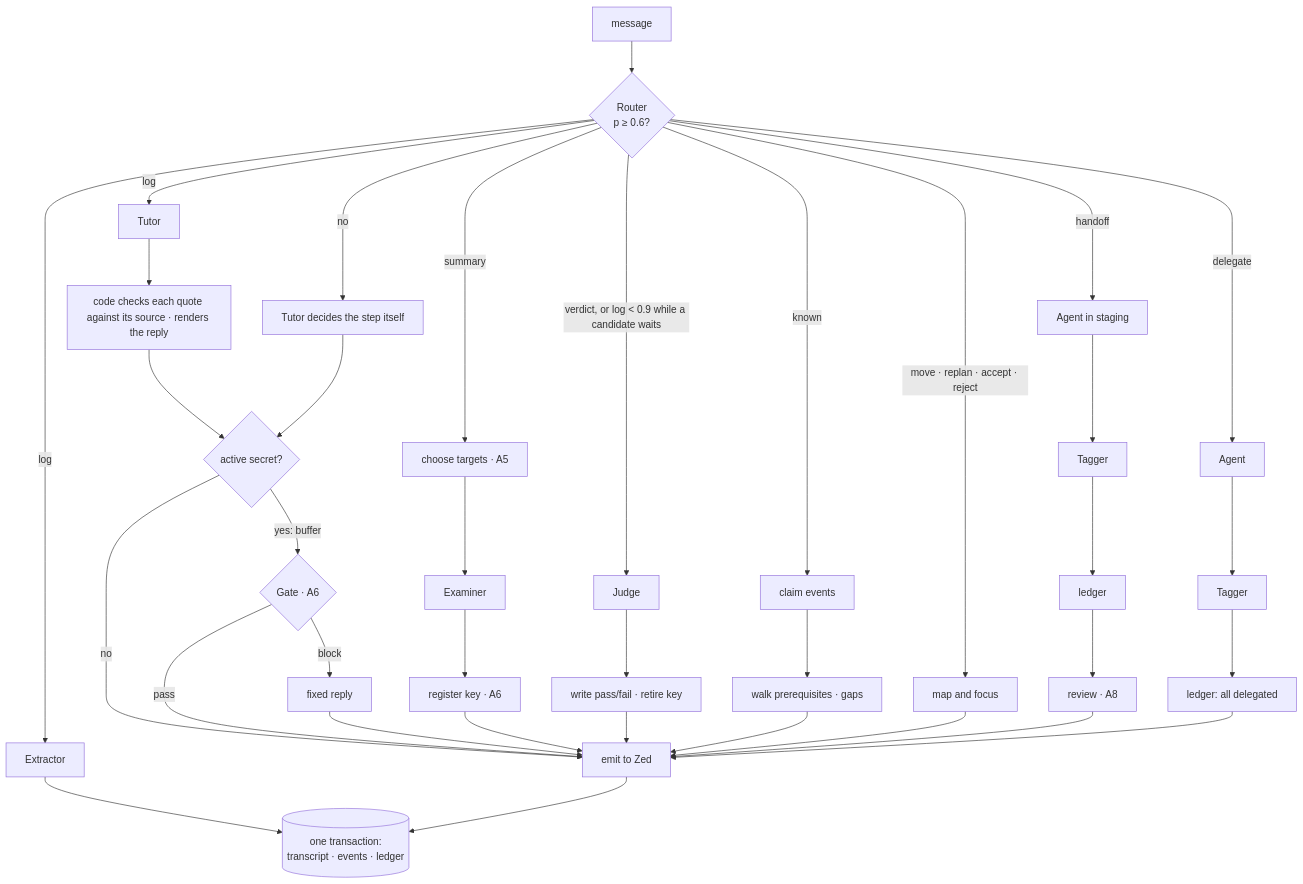
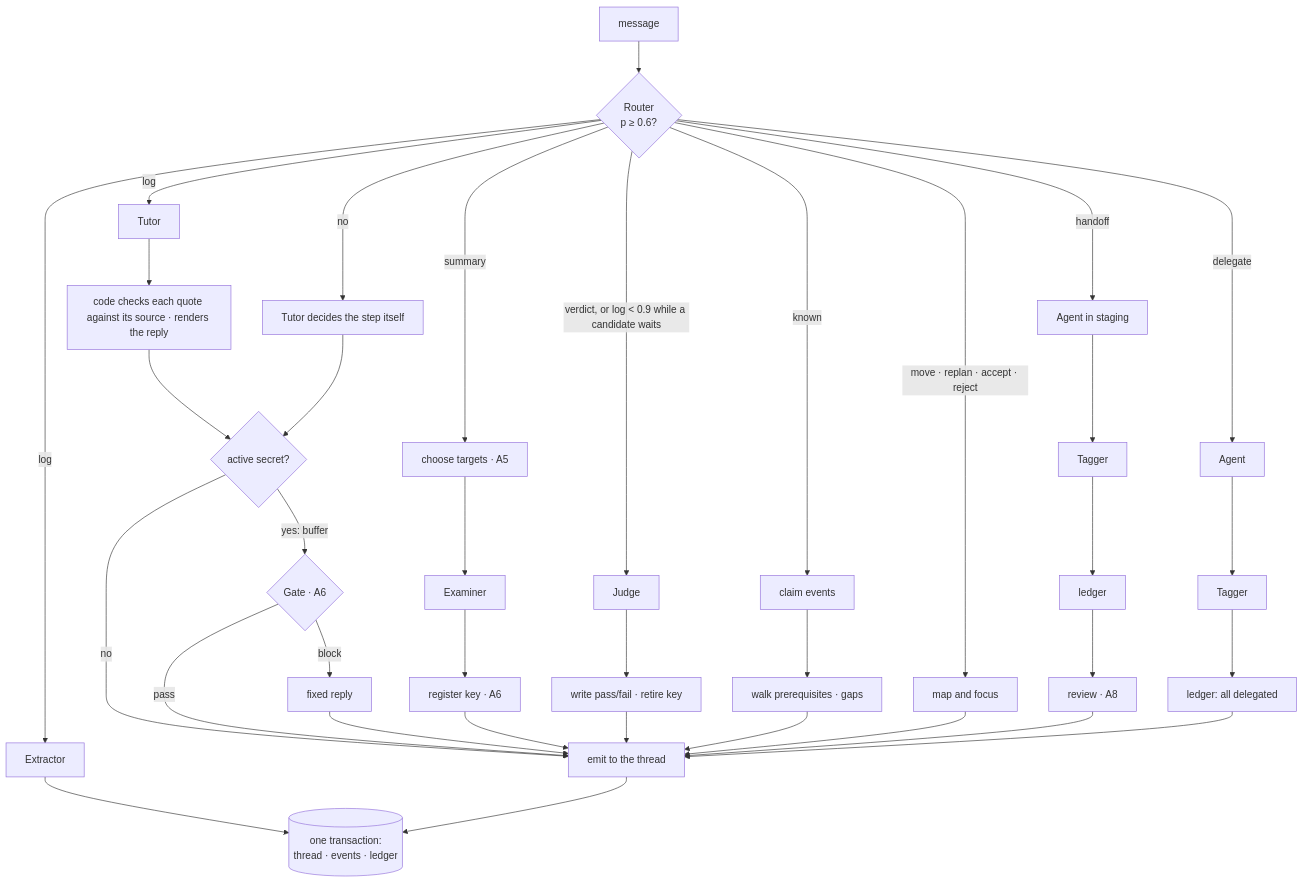
Before and after one commit to lprsrts/pathfinder: the second of 13 diagrams in docs/theory.md, drawn with Mermaid. The commit also changed other lines of this file and 50 other files, not shown here.

````diff
--- a/docs/theory.md
+++ b/docs/theory.md
@@ -208,26 +208,26 @@
 ```mermaid
 flowchart TD
     M[message] --> R{Router<br/>p ≥ 0.6?}
     R -->|no| F[Tutor decides the step itself]
     R -->|log| X[Extractor] & T[Tutor]
     R -->|summary| S[choose targets · A5] --> E[Examiner] --> K[register key · A6]
     R -->|"verdict, or log < 0.9 while a candidate waits"| J[Judge] --> RT[write pass/fail · retire key]
     R -->|known| C[claim events] --> GP[walk prerequisites · gaps]
     R -->|move · replan · accept · reject| MV[map and focus]
     R -->|handoff| AH[Agent in staging] --> TH[Tagger] --> LH[ledger] --> RV[review · A8]
     R -->|delegate| AD[Agent] --> TD[Tagger] --> LD[ledger: all delegated]
     T --> V[code checks each quote against its source · renders the reply] --> AS{active secret?}
     AS -->|no| OUT
     AS -->|yes: buffer| GT{Gate · A6}
     GT -->|pass| OUT
     GT -->|block| FX[fixed reply] --> OUT
     X --> TX
     K --> OUT
     RT --> OUT
     GP --> OUT
     MV --> OUT
     RV --> OUT
     LD --> OUT
     F --> AS
-    OUT[emit to Zed] --> TX[(one transaction:<br/>transcript · events · ledger)]
+    OUT[emit to the thread] --> TX[(one transaction:<br/>thread · events · ledger)]
 ```
````
